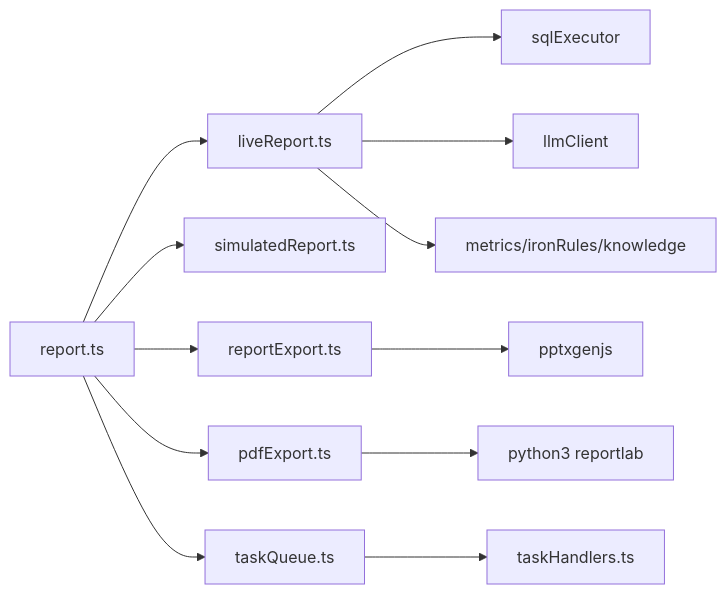
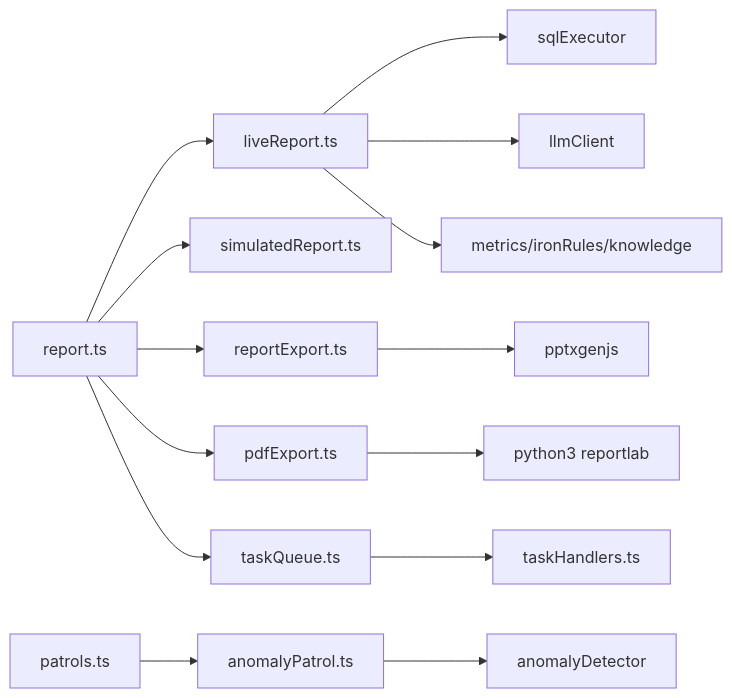
The sixth of 6 diagrams in .qoder/repowiki/zh/content/API参考/报表API.md (dgjin/smart-data-analytics), drawn with Mermaid before and after one commit. The commit also changed other lines of this file and 82 other files, not shown here.

````diff
--- a/.qoder/repowiki/zh/content/API参考/报表API.md
+++ b/.qoder/repowiki/zh/content/API参考/报表API.md
@@ -346,14 +450,16 @@
 ```mermaid
 graph LR
 RT["report.ts"] --> LR["liveReport.ts"]
 RT --> SR["simulatedReport.ts"]
 RT --> RE["reportExport.ts"]
 RT --> PE["pdfExport.ts"]
 RT --> TQ["taskQueue.ts"]
+PR["patrols.ts"] --> AP["anomalyPatrol.ts"]
 TQ --> TH["taskHandlers.ts"]
 LR --> SQ["sqlExecutor"]
 LR --> LLM["llmClient"]
 LR --> MET["metrics/ironRules/knowledge"]
 RE --> PPTX["pptxgenjs"]
 PE --> PY["python3 reportlab"]
+AP --> AD["anomalyDetector"]
 ```
````
